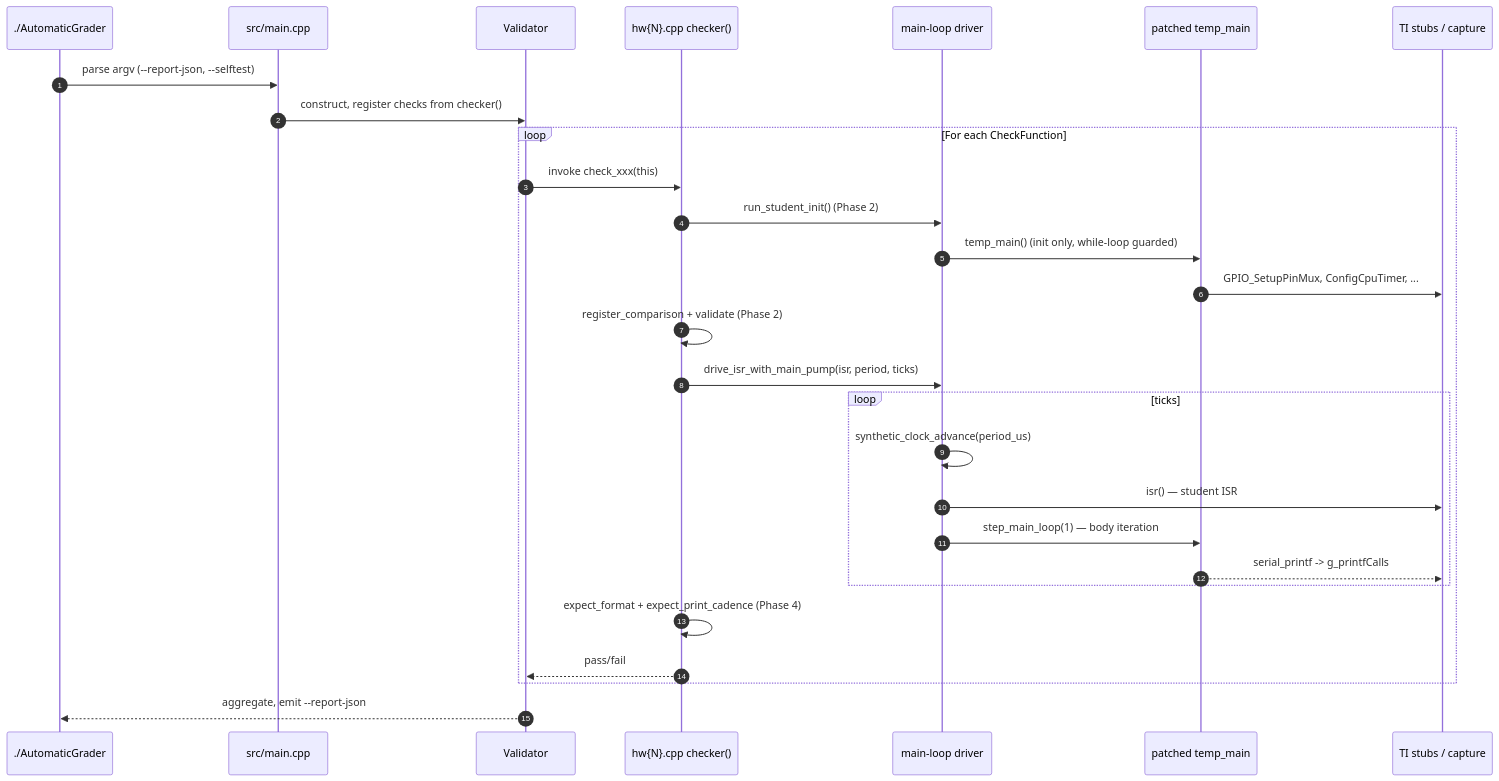
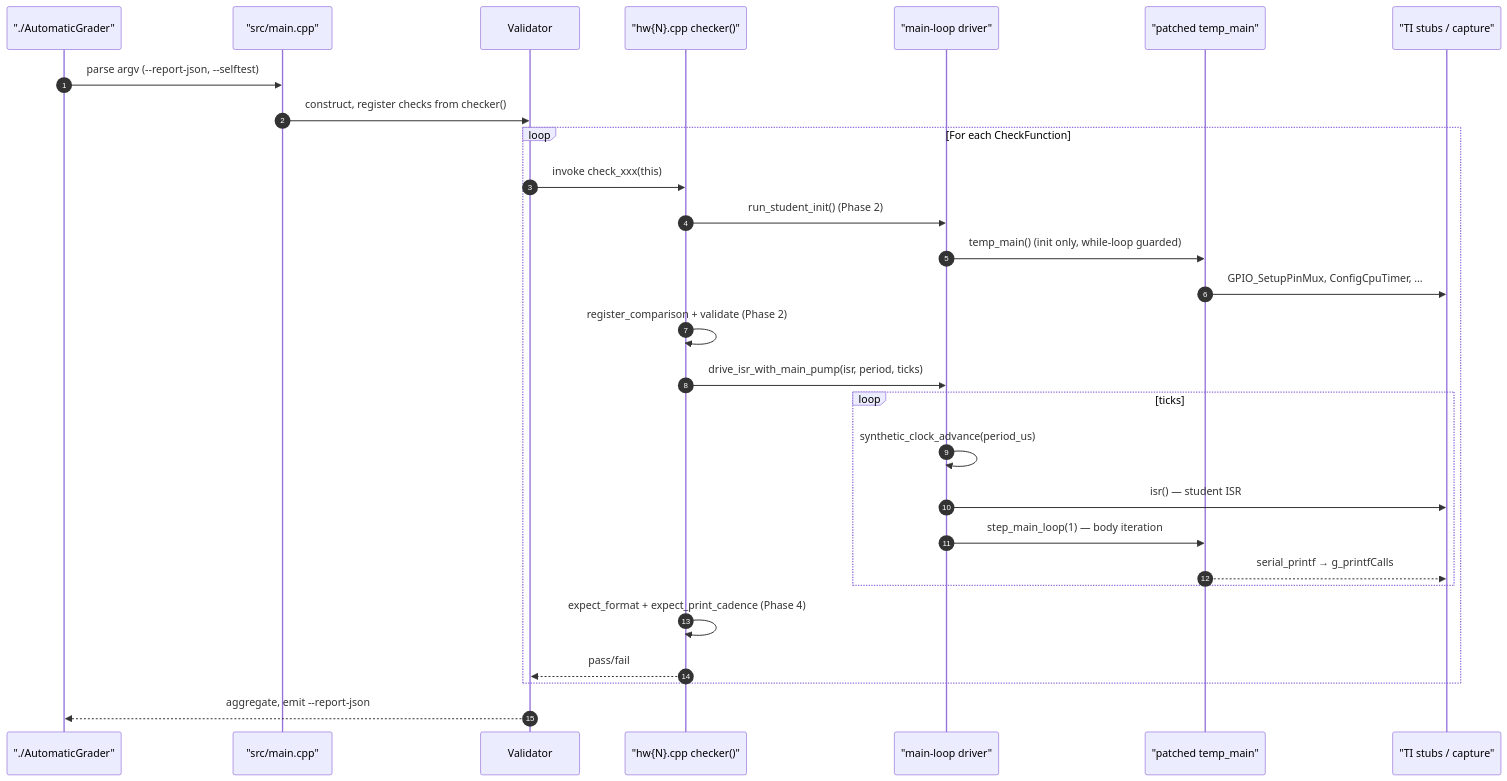
Before and after one commit to Marius-Juston/AutomaticGrader: the second of 2 diagrams in docs/architecture/overview.md, drawn with Mermaid. The commit also changed other lines of this file and 11 other files, not shown here.

Commit message:
fixed mermaid graphs + C++ doc link

````diff
--- a/docs/architecture/overview.md
+++ b/docs/architecture/overview.md
@@ -124,31 +124,31 @@
 ```mermaid
 sequenceDiagram
     autonumber
-    participant CLI as ./AutomaticGrader
-    participant Main as src/main.cpp
+    participant CLI as "./AutomaticGrader"
+    participant Main as "src/main.cpp"
     participant Val as Validator
-    participant Chk as hw{N}.cpp checker()
-    participant Drv as main-loop driver
-    participant Stu as patched temp_main
-    participant Stub as TI stubs / capture
+    participant Chk as "hw{N}.cpp checker()"
+    participant Drv as "main-loop driver"
+    participant Stu as "patched temp_main"
+    participant Stub as "TI stubs / capture"
 
     CLI->>Main: parse argv (--report-json, --selftest)
     Main->>Val: construct, register checks from checker()
     loop For each CheckFunction
         Val->>Chk: invoke check_xxx(this)
         Chk->>Drv: run_student_init() (Phase 2)
         Drv->>Stu: temp_main() (init only, while-loop guarded)
-        Stu->>Stub: GPIO_SetupPinMux, ConfigCpuTimer, ...
+        Stu->>Stub: GPIO_SetupPinMux, ConfigCpuTimer, …
         Chk->>Chk: register_comparison + validate (Phase 2)
         Chk->>Drv: drive_isr_with_main_pump(isr, period, ticks)
         loop ticks
             Drv->>Drv: synthetic_clock_advance(period_us)
             Drv->>Stub: isr() — student ISR
             Drv->>Stu: step_main_loop(1) — body iteration
-            Stu-->>Stub: serial_printf -> g_printfCalls
+            Stu-->>Stub: serial_printf → g_printfCalls
         end
         Chk->>Chk: expect_format + expect_print_cadence (Phase 4)
         Chk-->>Val: pass/fail
     end
     Val-->>CLI: aggregate, emit --report-json
 ```
````
